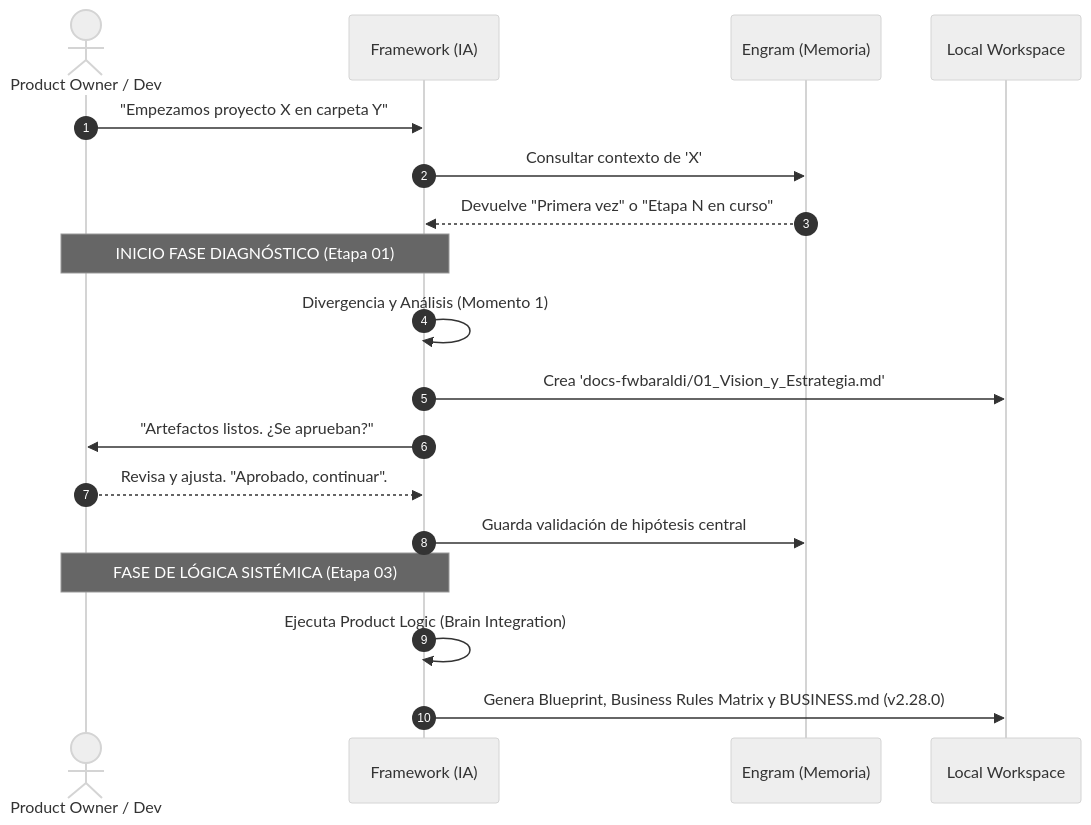
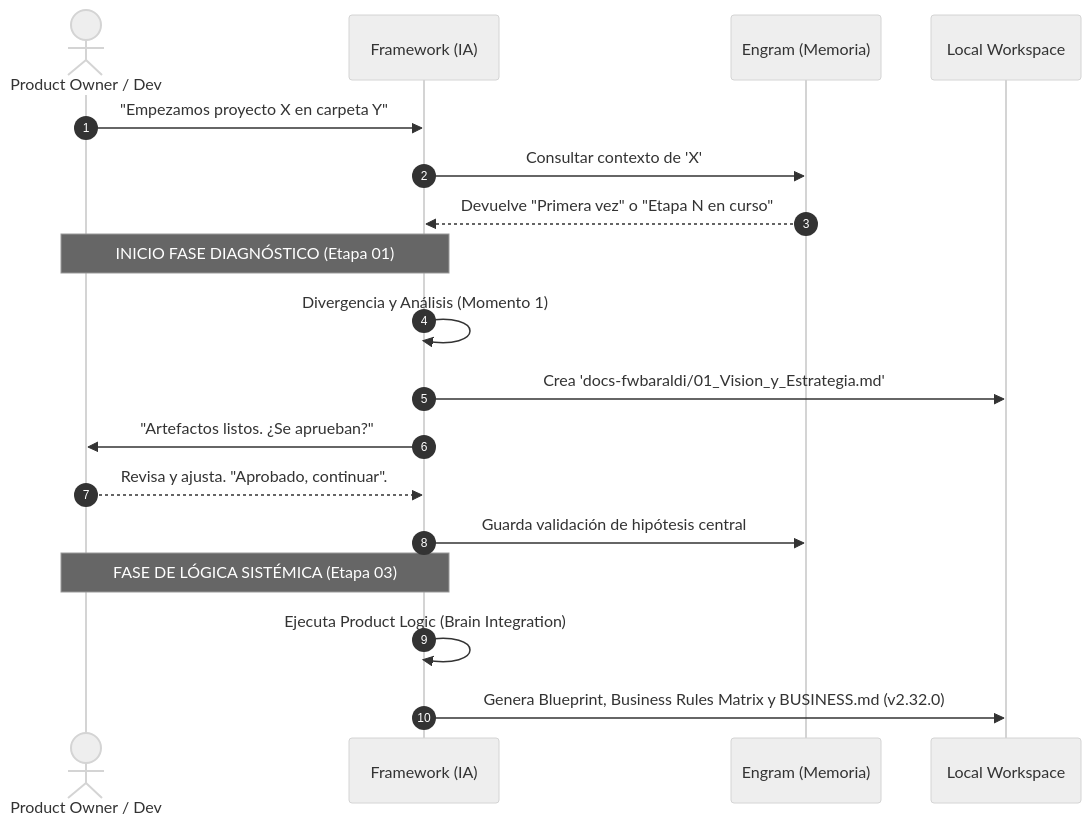
The second of 2 diagrams in ARQUITECTURA_CORE.md (leobaraldi96/fwbaraldi), drawn with Mermaid (neutral theme) before and after one commit. The commit also changed other lines of this file and 5 other files, not shown here.

````diff
--- a/ARQUITECTURA_CORE.md
+++ b/ARQUITECTURA_CORE.md
@@ -79,26 +83,26 @@
 ```mermaid
 sequenceDiagram
     autonumber
     actor Humano as Product Owner / Dev
     participant IA as Framework (IA)
     participant E as Engram (Memoria)
     participant FS as Local Workspace
 
     Humano->>IA: "Empezamos proyecto X en carpeta Y"
     IA->>E: Consultar contexto de 'X'
     E-->>IA: Devuelve "Primera vez" o "Etapa N en curso"
     
     note over IA,Humano: INICIO FASE DIAGNÓSTICO (Etapa 01)
     IA->>IA: Divergencia y Análisis (Momento 1)
     
     IA->>FS: Crea 'docs-fwbaraldi/01_Vision_y_Estrategia.md'
     IA->>Humano: "Artefactos listos. ¿Se aprueban?"
     
     Humano-->>IA: Revisa y ajusta. "Aprobado, continuar".
     
     IA->>E: Guarda validación de hipótesis central
     
     note over IA,Humano: FASE DE LÓGICA SISTÉMICA (Etapa 03)
     IA->>IA: Ejecuta Product Logic (Brain Integration)
-    IA->>FS: Genera Blueprint, Business Rules Matrix y BUSINESS.md (v2.28.0)
+    IA->>FS: Genera Blueprint, Business Rules Matrix y BUSINESS.md (v2.32.0)
 ```
````
